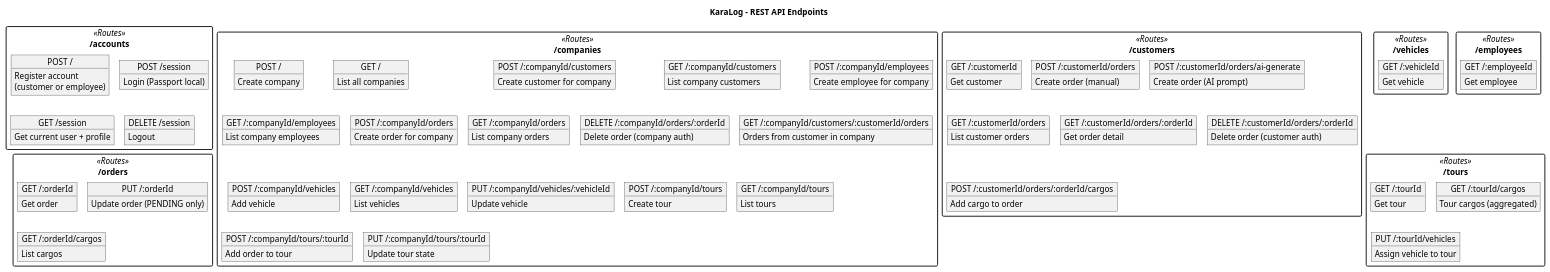
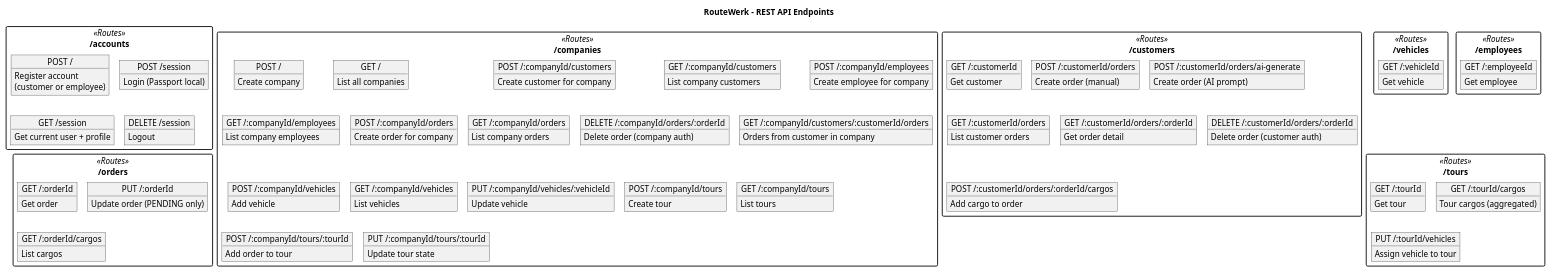
The diagram in architecture/api-routes.puml (coyotiv-sose/graduation-project-AkinKaradag), drawn with PlantUML before and after one commit. The commit also changed 15 other files, not shown here.

Commit message:
Rename project references from KaraLog to RouteWerk

```diff
--- a/architecture/api-routes.puml
+++ b/architecture/api-routes.puml
@@ -1,139 +1,139 @@
 @startuml API Routes
 !pragma layout smetana
 skinparam packageStyle rectangle
 skinparam objectAttributeIconSize 0
 hide empty methods
 
-title KaraLog – REST API Endpoints
+title RouteWerk – REST API Endpoints
 
 package "/accounts" as acc <<Routes>> {
   object "POST /" as acc_register {
     Register account
     (customer or employee)
   }
   object "POST /session" as acc_login {
     Login (Passport local)
   }
   object "GET /session" as acc_session {
     Get current user + profile
   }
   object "DELETE /session" as acc_logout {
     Logout
   }
 }
 
 package "/companies" as comp <<Routes>> {
   object "POST /" as comp_create {
     Create company
   }
   object "GET /" as comp_list {
     List all companies
   }
   object "POST /:companyId/customers" as comp_cust_create {
     Create customer for company
   }
   object "GET /:companyId/customers" as comp_cust_list {
     List company customers
   }
   object "POST /:companyId/employees" as comp_emp_create {
     Create employee for company
   }
   object "GET /:companyId/employees" as comp_emp_list {
     List company employees
   }
   object "POST /:companyId/orders" as comp_ord_create {
     Create order for company
   }
   object "GET /:companyId/orders" as comp_ord_list {
     List company orders
   }
   object "DELETE /:companyId/orders/:orderId" as comp_ord_del {
     Delete order (company auth)
   }
   object "GET /:companyId/customers/:customerId/orders" as comp_cust_ord {
     Orders from customer in company
   }
   object "POST /:companyId/vehicles" as comp_veh_create {
     Add vehicle
   }
   object "GET /:companyId/vehicles" as comp_veh_list {
     List vehicles
   }
   object "PUT /:companyId/vehicles/:vehicleId" as comp_veh_upd {
     Update vehicle
   }
   object "POST /:companyId/tours" as comp_tour_create {
     Create tour
   }
   object "GET /:companyId/tours" as comp_tour_list {
     List tours
   }
   object "POST /:companyId/tours/:tourId" as comp_tour_add {
     Add order to tour
   }
   object "PUT /:companyId/tours/:tourId" as comp_tour_upd {
     Update tour state
   }
 }
 
 package "/customers" as cust <<Routes>> {
   object "GET /:customerId" as cust_get {
     Get customer
   }
   object "POST /:customerId/orders" as cust_ord_create {
     Create order (manual)
   }
   object "POST /:customerId/orders/ai-generate" as cust_ord_ai {
     Create order (AI prompt)
   }
   object "GET /:customerId/orders" as cust_ord_list {
     List customer orders
   }
   object "GET /:customerId/orders/:orderId" as cust_ord_get {
     Get order detail
   }
   object "DELETE /:customerId/orders/:orderId" as cust_ord_del {
     Delete order (customer auth)
   }
   object "POST /:customerId/orders/:orderId/cargos" as cust_cargo_add {
     Add cargo to order
   }
 }
 
 package "/orders" as ord <<Routes>> {
   object "GET /:orderId" as ord_get {
     Get order
   }
   object "PUT /:orderId" as ord_upd {
     Update order (PENDING only)
   }
   object "GET /:orderId/cargos" as ord_cargos {
     List cargos
   }
 }
 
 package "/tours" as tour <<Routes>> {
   object "GET /:tourId" as tour_get {
     Get tour
   }
   object "GET /:tourId/cargos" as tour_cargos {
     Tour cargos (aggregated)
   }
   object "PUT /:tourId/vehicles" as tour_veh {
     Assign vehicle to tour
   }
 }
 
 package "/vehicles" as veh <<Routes>> {
   object "GET /:vehicleId" as veh_get {
     Get vehicle
   }
 }
 
 package "/employees" as emp <<Routes>> {
   object "GET /:employeeId" as emp_get {
     Get employee
   }
 }
 
 @enduml
```
